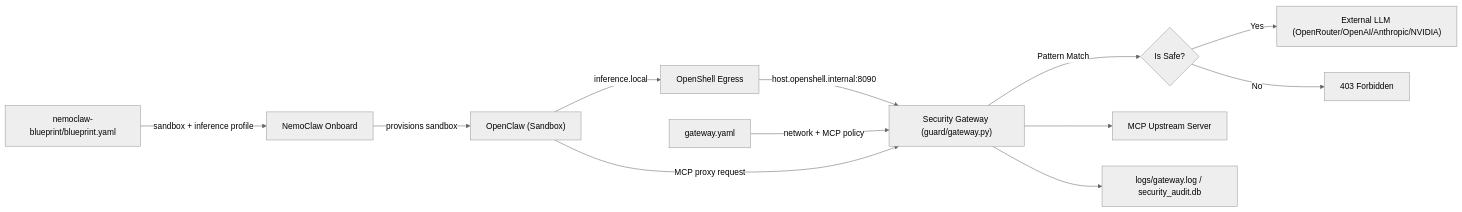
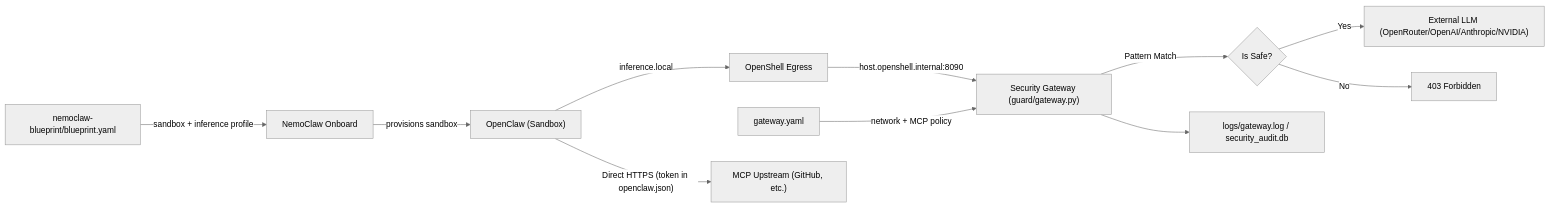
The diagram in README.md (bforecast/openclaw-guard), drawn with Mermaid (neutral theme) before and after one commit. The commit also changed other lines of this file and 17 other files, not shown here.

````diff
--- a/README.md
+++ b/README.md
@@ -17,14 +17,13 @@
 ```mermaid
 flowchart LR
     A["OpenClaw (Sandbox)"] -->|inference.local| B["OpenShell Egress"]
     B -->|host.openshell.internal:8090| C["Security Gateway (guard/gateway.py)"]
     C -->|Pattern Match| D{Is Safe?}
     D -->|Yes| E["External LLM (OpenRouter/OpenAI/Anthropic/NVIDIA)"]
     D -->|No| F["403 Forbidden"]
     H["gateway.yaml"] -->|network + MCP policy| C
     I["nemoclaw-blueprint/blueprint.yaml"] -->|sandbox + inference profile| J["NemoClaw Onboard"]
     J -->|provisions sandbox| A
-    A -->|MCP proxy request| C
-    C --> K["MCP Upstream Server"]
+    A -->|"Direct HTTPS (token in openclaw.json)"| K["MCP Upstream (GitHub, etc.)"]
     C --> G["logs/gateway.log / security_audit.db"]
 ```
````
